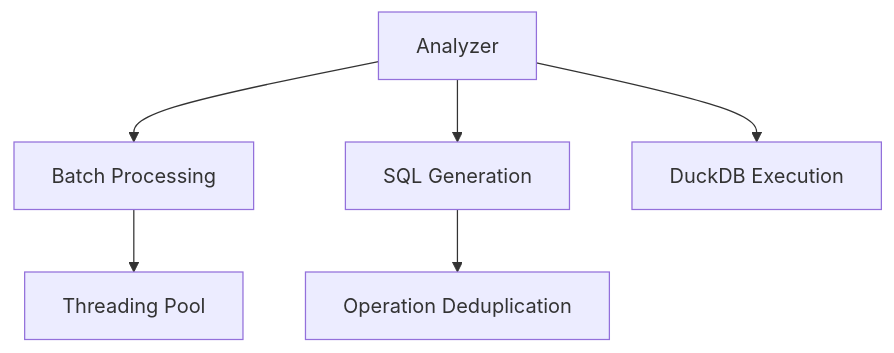
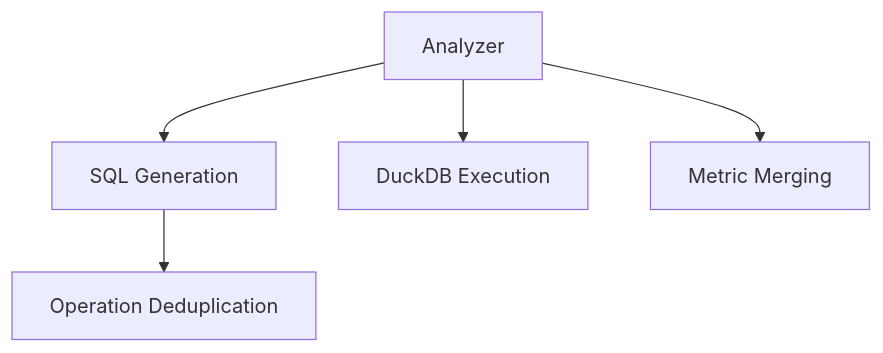
The tenth of 13 diagrams in docs/design.md (nampham2/dqx), drawn with Mermaid before and after one commit. The commit also changed other lines of this file and 5 other files, not shown here.

````diff
--- a/docs/design.md
+++ b/docs/design.md
@@ -685,8 +685,7 @@
 ```mermaid
 graph TD
-    A[Analyzer] --> B[Batch Processing]
-    A --> S[SQL Generation]
+    A[Analyzer] --> S[SQL Generation]
     A --> D[DuckDB Execution]
-    B --> T[Threading Pool]
     S --> O[Operation Deduplication]
+    A --> M[Metric Merging]
 ```
````
